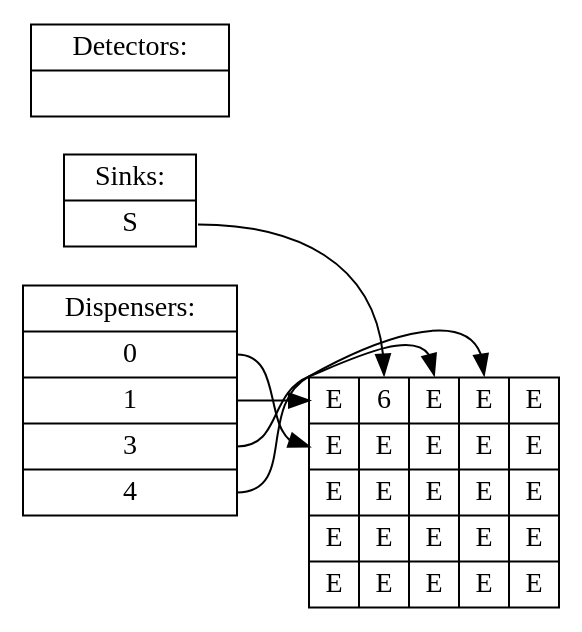
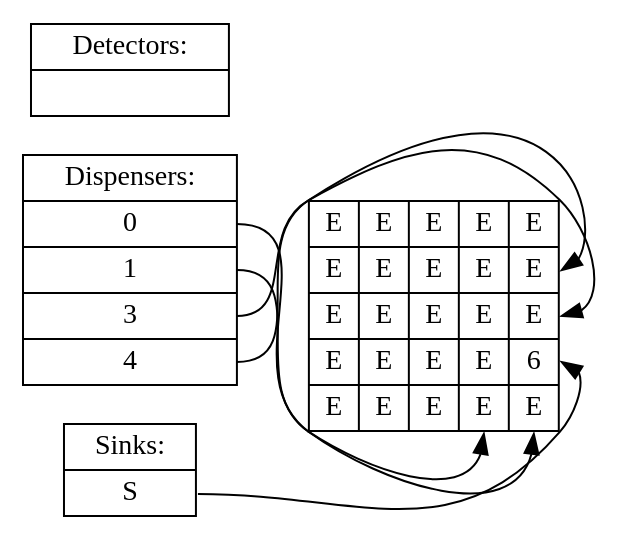
Before and after one commit to jiegec/OnePassSynthesisDMFB: the diagram in solutions/Simple_Mix2/time9.dot, drawn with Graphviz. The commit also changed 32 other files, not shown here.

```diff
--- a/solutions/Simple_Mix2/time9.dot
+++ b/solutions/Simple_Mix2/time9.dot
@@ -1,11 +1,11 @@
 digraph step {rankdir=LR;node [shape=record,fontname="Inconsolata"];
-dispenser [label="Dispensers:|<d18>0|<d19>1|<d2>3|<d3>4"];
-sink [label="Sinks:|<s1>S"];
+dispenser [label="Dispensers:|<d9>0|<d11>1|<d7>3|<d6>4"];
+sink [label="Sinks:|<s8>S"];
 detector [label="Detectors:|"];
-board [label="{<f00>E|<f01>6|<f02>E|<f03>E|<f04>E}|{<f10>E|<f11>E|<f12>E|<f13>E|<f14>E}|{<f20>E|<f21>E|<f22>E|<f23>E|<f24>E}|{<f30>E|<f31>E|<f32>E|<f33>E|<f34>E}|{<f40>E|<f41>E|<f42>E|<f43>E|<f44>E}"];
-dispenser:d18 -> board:f10
-dispenser:d19 -> board:f00
-dispenser:d2 -> board:f02
-dispenser:d3 -> board:f03
-sink:s1 -> board:f01
+board [label="{<f00>E|<f01>E|<f02>E|<f03>E|<f04>E}|{<f10>E|<f11>E|<f12>E|<f13>E|<f14>E}|{<f20>E|<f21>E|<f22>E|<f23>E|<f24>E}|{<f30>E|<f31>E|<f32>E|<f33>E|<f34>6}|{<f40>E|<f41>E|<f42>E|<f43>E|<f44>E}"];
+dispenser:d9 -> board:f44
+dispenser:d11 -> board:f43
+dispenser:d7 -> board:f24
+dispenser:d6 -> board:f14
+sink:s8 -> board:f34
 }
```
